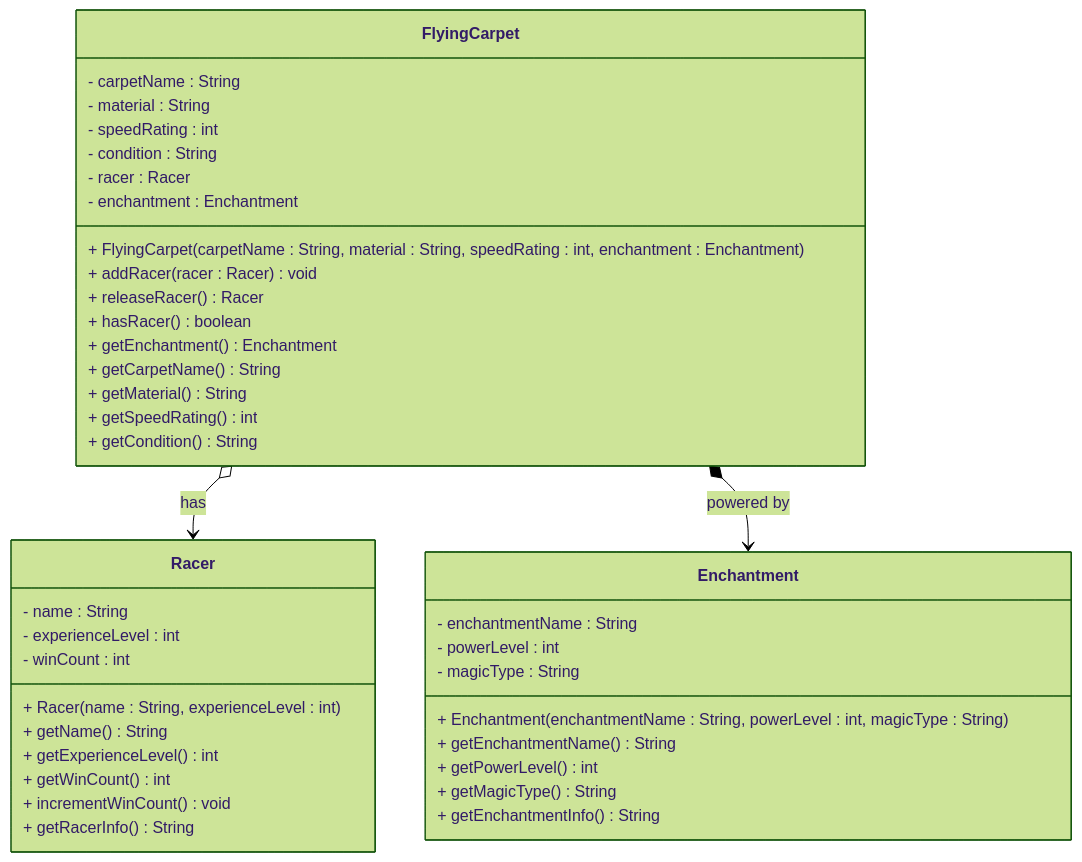
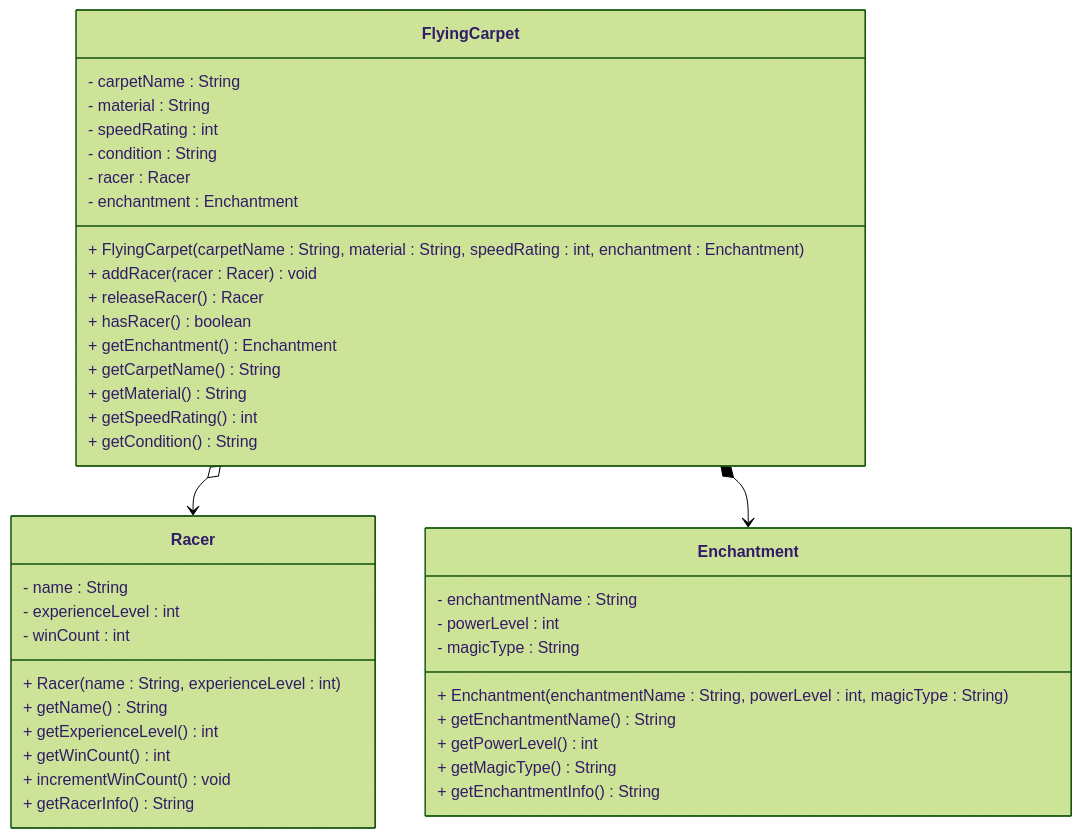
One commit to TroelsMortensen/Codelabs2 changed the second of 2 diagrams in Articles/Session 11 - Relationships intro/015 Exercise 4 - Flying carpets.md. Above: the diagram before and after it, drawn with Mermaid (forest theme). The commit also changed other lines of this file and 3 other files, not shown here.

````diff
--- a/Articles/Session 11 - Relationships intro/015 Exercise 4 - Flying carpets.md
+++ b/Articles/Session 11 - Relationships intro/015 Exercise 4 - Flying carpets.md
@@ -112,46 +114,46 @@
 ```mermaid
 classDiagram
     class FlyingCarpet {
         - carpetName : String
         - material : String
         - speedRating : int
         - condition : String
         - racer : Racer
         - enchantment : Enchantment
         + FlyingCarpet(carpetName : String, material : String, speedRating : int, enchantment : Enchantment)
         + addRacer(racer : Racer) void
         + releaseRacer() Racer
         + hasRacer() boolean
         + getEnchantment() Enchantment
         + getCarpetName() String
         + getMaterial() String
         + getSpeedRating() int
         + getCondition() String
     }
     
     class Racer {
         - name : String
         - experienceLevel : int
         - winCount : int
         + Racer(name : String, experienceLevel : int)
         + getName() String
         + getExperienceLevel() int
         + getWinCount() int
         + incrementWinCount() void
         + getRacerInfo() String
     }
     
     class Enchantment {
         - enchantmentName : String
         - powerLevel : int
         - magicType : String
         + Enchantment(enchantmentName : String, powerLevel : int, magicType : String)
         + getEnchantmentName() String
         + getPowerLevel() int
         + getMagicType() String
         + getEnchantmentInfo() String
     }
     
-    FlyingCarpet o--> Racer : has
-    FlyingCarpet *--> Enchantment : powered by
+    FlyingCarpet o--> Racer 
+    FlyingCarpet *--> Enchantment 
 ```
````
